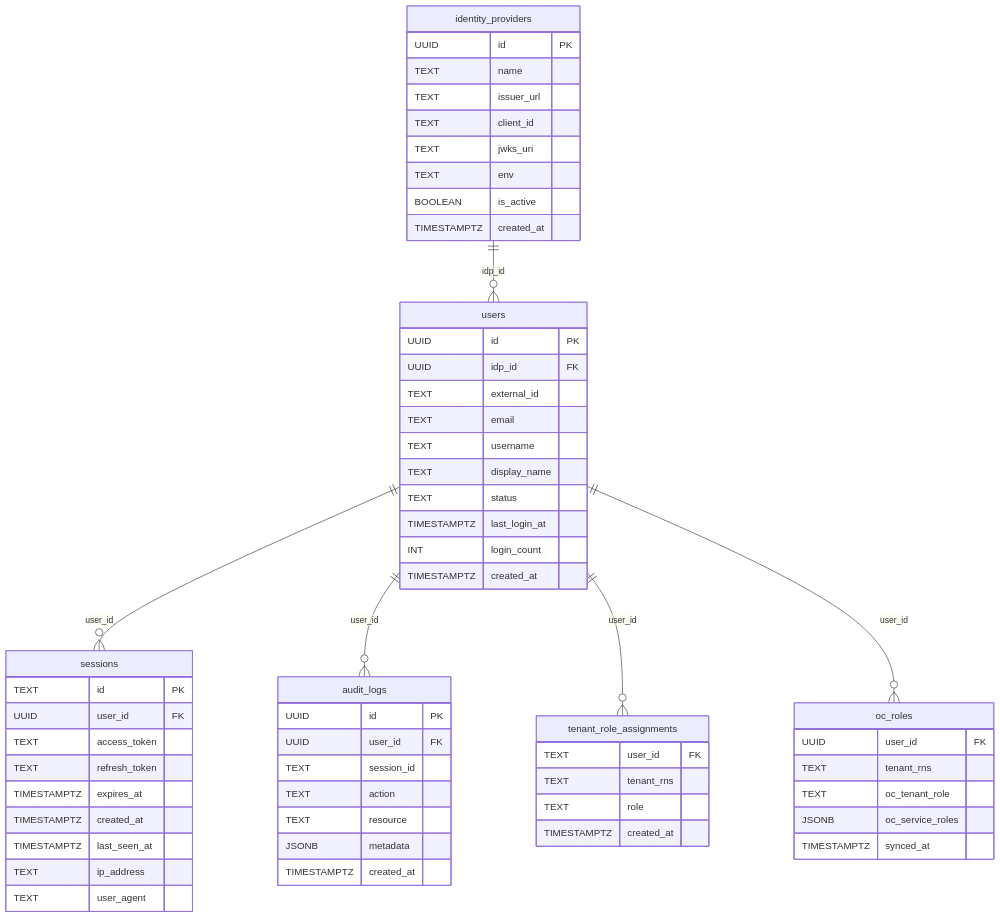
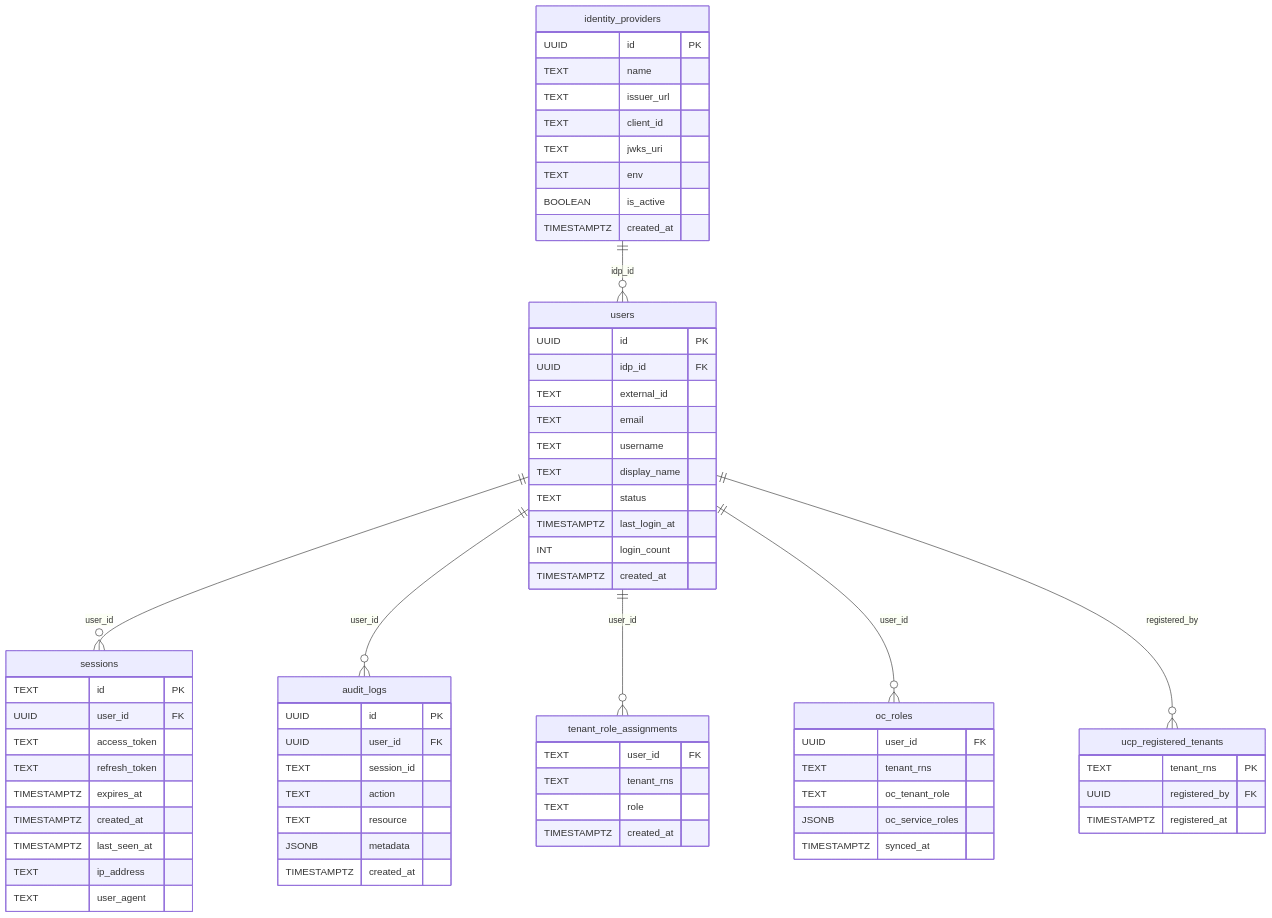
The diagram in docs/projects/universal-control-plane-ucp/pocs/rbac/ucp-rbac-design.md (aripermana-putra/ucp-docs-collection), drawn with Mermaid before and after one commit. The commit also changed other lines of this file and 1 other file, not shown here.

First line of the commit message:
MCUCP-191: Add ucp_registered_tenants to ERD and update Phase 3 status

````diff
--- a/docs/projects/universal-control-plane-ucp/pocs/rbac/ucp-rbac-design.md
+++ b/docs/projects/universal-control-plane-ucp/pocs/rbac/ucp-rbac-design.md
@@ -117,69 +117,76 @@
 ```mermaid
 erDiagram
     identity_providers {
         UUID id PK
         TEXT name
         TEXT issuer_url
         TEXT client_id
         TEXT jwks_uri
         TEXT env
         BOOLEAN is_active
         TIMESTAMPTZ created_at
     }
 
     users {
         UUID id PK
         UUID idp_id FK
         TEXT external_id
         TEXT email
         TEXT username
         TEXT display_name
         TEXT status
         TIMESTAMPTZ last_login_at
         INT login_count
         TIMESTAMPTZ created_at
     }
 
     sessions {
         TEXT id PK
         UUID user_id FK
         TEXT access_token
         TEXT refresh_token
         TIMESTAMPTZ expires_at
         TIMESTAMPTZ created_at
         TIMESTAMPTZ last_seen_at
         TEXT ip_address
         TEXT user_agent
     }
 
     audit_logs {
         UUID id PK
         UUID user_id FK
         TEXT session_id
         TEXT action
         TEXT resource
         JSONB metadata
         TIMESTAMPTZ created_at
     }
 
     tenant_role_assignments {
         TEXT user_id FK
         TEXT tenant_rns
         TEXT role
         TIMESTAMPTZ created_at
     }
 
     oc_roles {
         UUID user_id FK
         TEXT tenant_rns
         TEXT oc_tenant_role
         JSONB oc_service_roles
         TIMESTAMPTZ synced_at
     }
 
+    ucp_registered_tenants {
+        TEXT tenant_rns PK
+        UUID registered_by FK
+        TIMESTAMPTZ registered_at
+    }
+
     identity_providers ||--o{ users : "idp_id"
     users ||--o{ sessions : "user_id"
     users ||--o{ audit_logs : "user_id"
     users ||--o{ tenant_role_assignments : "user_id"
     users ||--o{ oc_roles : "user_id"
+    users ||--o{ ucp_registered_tenants : "registered_by"
 ```
````
